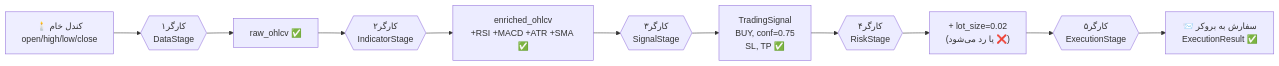
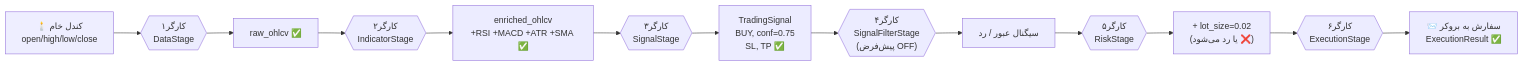
Before and after one commit to arasto007/trading-bot: the second of 9 diagrams in docs/WHITEBOARD_FA.md, drawn with Mermaid. The commit also changed other lines of this file and 171 other files, not shown here.

````diff
--- a/docs/WHITEBOARD_FA.md
+++ b/docs/WHITEBOARD_FA.md
@@ -149,21 +150,24 @@
 ```mermaid
 flowchart LR
     RAW["🕯️ کندل خام<br/>open/high/low/close"]:::raw
     --> S1{{"کارگر۱<br/>DataStage"}}
     RAW2["raw_ohlcv ✅"]
     S1 --> RAW2
     --> S2{{"کارگر۲<br/>IndicatorStage"}}
     ENR["enriched_ohlcv<br/>+RSI +MACD +ATR +SMA ✅"]
     S2 --> ENR
     --> S3{{"کارگر۳<br/>SignalStage"}}
     SIG["TradingSignal<br/>BUY, conf=0.75<br/>SL, TP ✅"]
     S3 --> SIG
-    --> S4{{"کارگر۴<br/>RiskStage"}}
+    --> S3b{{"کارگر۴<br/>SignalFilterStage<br/>(پیش‌فرض OFF)"}}
+    SIG2["سیگنال عبور / رد"]
+    S3b --> SIG2
+    --> S4{{"کارگر۵<br/>RiskStage"}}
     LOT["+ lot_size=0.02<br/>(یا رد می‌شود ❌)"]
     S4 --> LOT
-    --> S5{{"کارگر۵<br/>ExecutionStage"}}
+    --> S5{{"کارگر۶<br/>ExecutionStage"}}
     ORD["📨 سفارش به بروکر<br/>ExecutionResult ✅"]
     S5 --> ORD
 
     classDef raw fill:#eef
 ```
````
